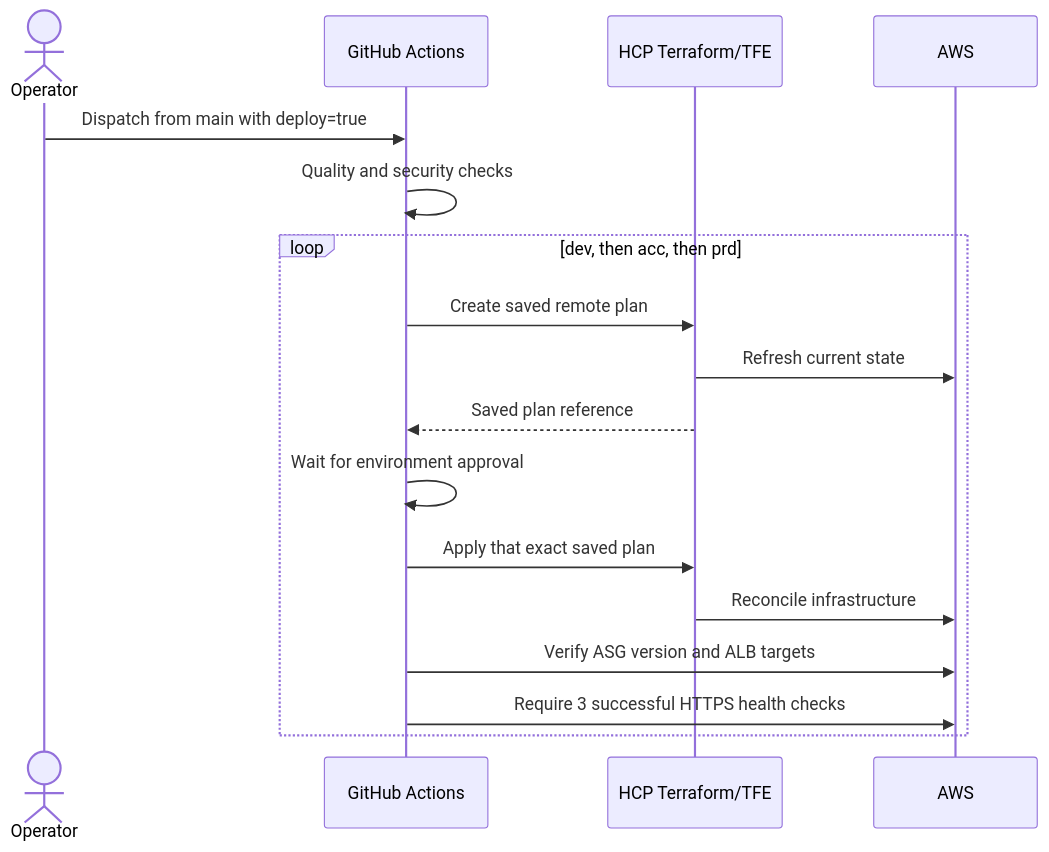
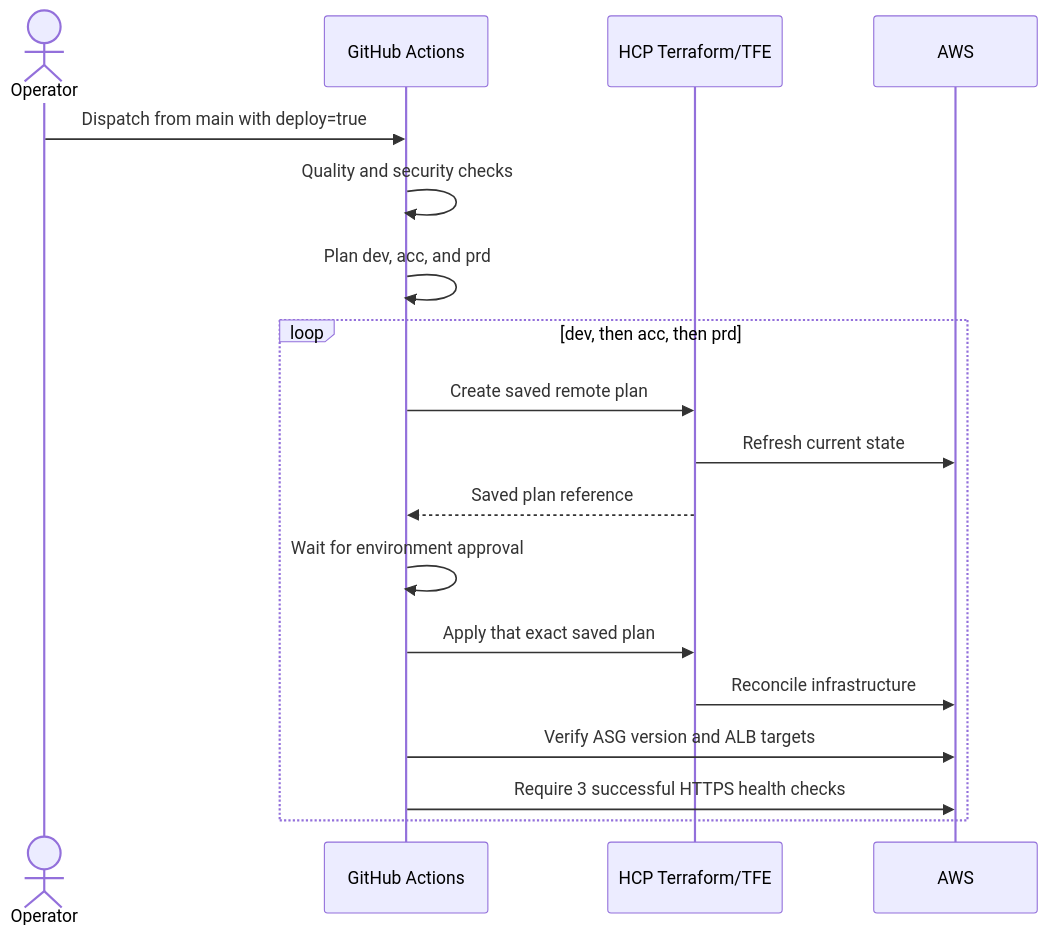
Before and after one commit to dxnishG/AWS-Multi-Env-Terraform-Template: the second of 2 diagrams in README.md, drawn with Mermaid. The commit also changed other lines of this file and 1 other file, not shown here.

```diff
--- a/README.md
+++ b/README.md
@@ -263,20 +263,21 @@
 ~~~mermaid
 sequenceDiagram
     actor Operator
     participant GH as GitHub Actions
     participant TF as HCP Terraform/TFE
     participant AWS
 
     Operator->>GH: Dispatch from main with deploy=true
     GH->>GH: Quality and security checks
+    GH->>GH: Plan dev, acc, and prd
     loop dev, then acc, then prd
         GH->>TF: Create saved remote plan
         TF->>AWS: Refresh current state
         TF-->>GH: Saved plan reference
         GH->>GH: Wait for environment approval
         GH->>TF: Apply that exact saved plan
         TF->>AWS: Reconcile infrastructure
         GH->>AWS: Verify ASG version and ALB targets
         GH->>AWS: Require 3 successful HTTPS health checks
     end
 ~~~
```
